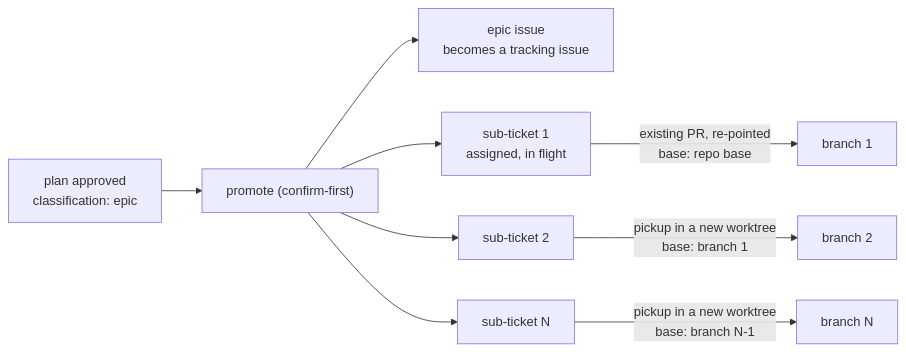
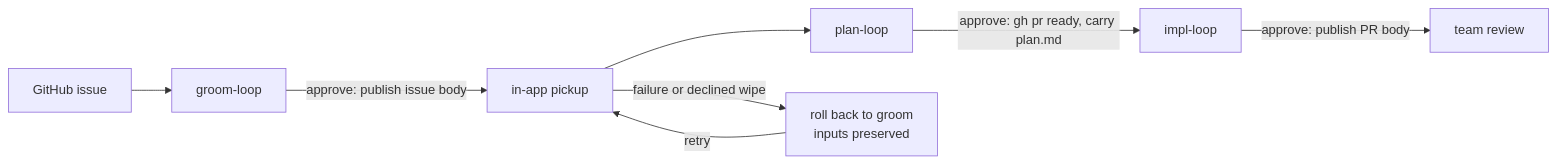
One commit to dylanb/agent-terminal changed the second of 2 diagrams in docs/spec/27-in-terminal-loop-engine-the-live-design.md. Above: the diagram before and after it, drawn with Mermaid. The commit also changed other lines of this file and 165 other files, not shown here.

````diff
--- a/docs/spec/27-in-terminal-loop-engine-the-live-design.md
+++ b/docs/spec/27-in-terminal-loop-engine-the-live-design.md
@@ -258,11 +193,10 @@
 ```mermaid
 flowchart LR
-  PA["plan approved<br/>classification: epic"] --> PROMO["promote (confirm-first)"]
-  PROMO --> EP["epic issue<br/>becomes a tracking issue"]
-  PROMO --> T1["sub-ticket 1<br/>assigned, in flight"]
-  PROMO --> T2["sub-ticket 2"]
-  PROMO --> TN["sub-ticket N"]
-  T1 -->|"existing PR, re-pointed<br/>base: repo base"| B1["branch 1"]
-  T2 -->|"pickup in a new worktree<br/>base: branch 1"| B2["branch 2"]
-  TN -->|"pickup in a new worktree<br/>base: branch N-1"| BN["branch N"]
+  RAW["GitHub issue"] --> G["groom-loop"]
+  G -->|"approve: publish issue body"| BOOT["in-app pickup"]
+  BOOT --> P["plan-loop"]
+  BOOT -->|"failure or declined wipe"| RB["roll back to groom<br/>inputs preserved"]
+  RB -->|"retry"| BOOT
+  P -->|"approve: gh pr ready, carry plan.md"| I["impl-loop"]
+  I -->|"approve: publish PR body"| TR["team review"]
 ```
````
